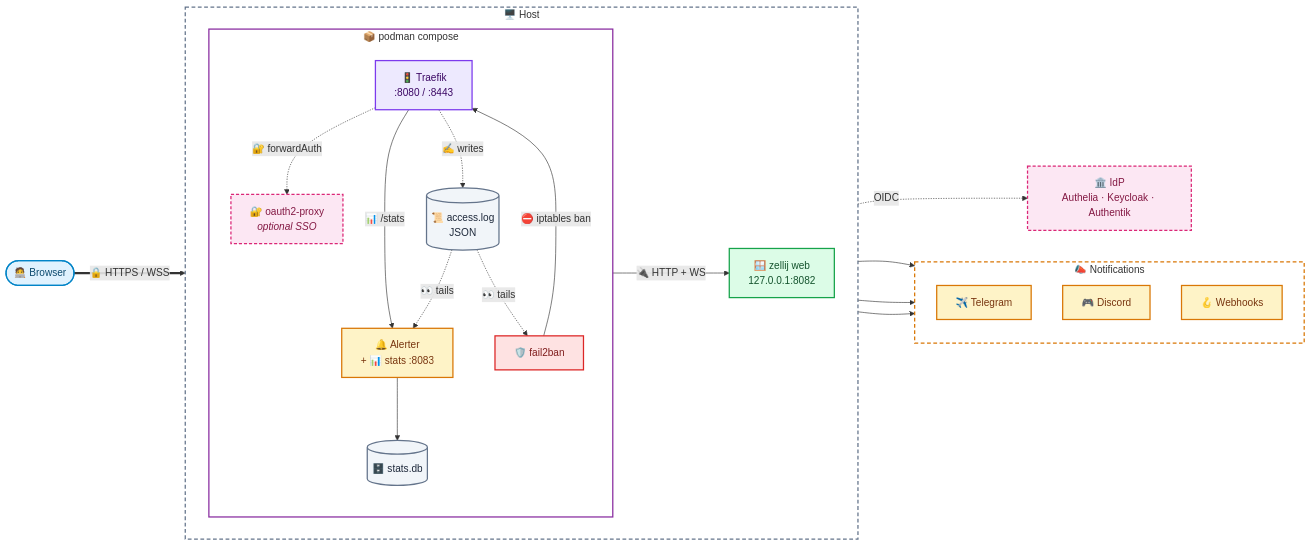
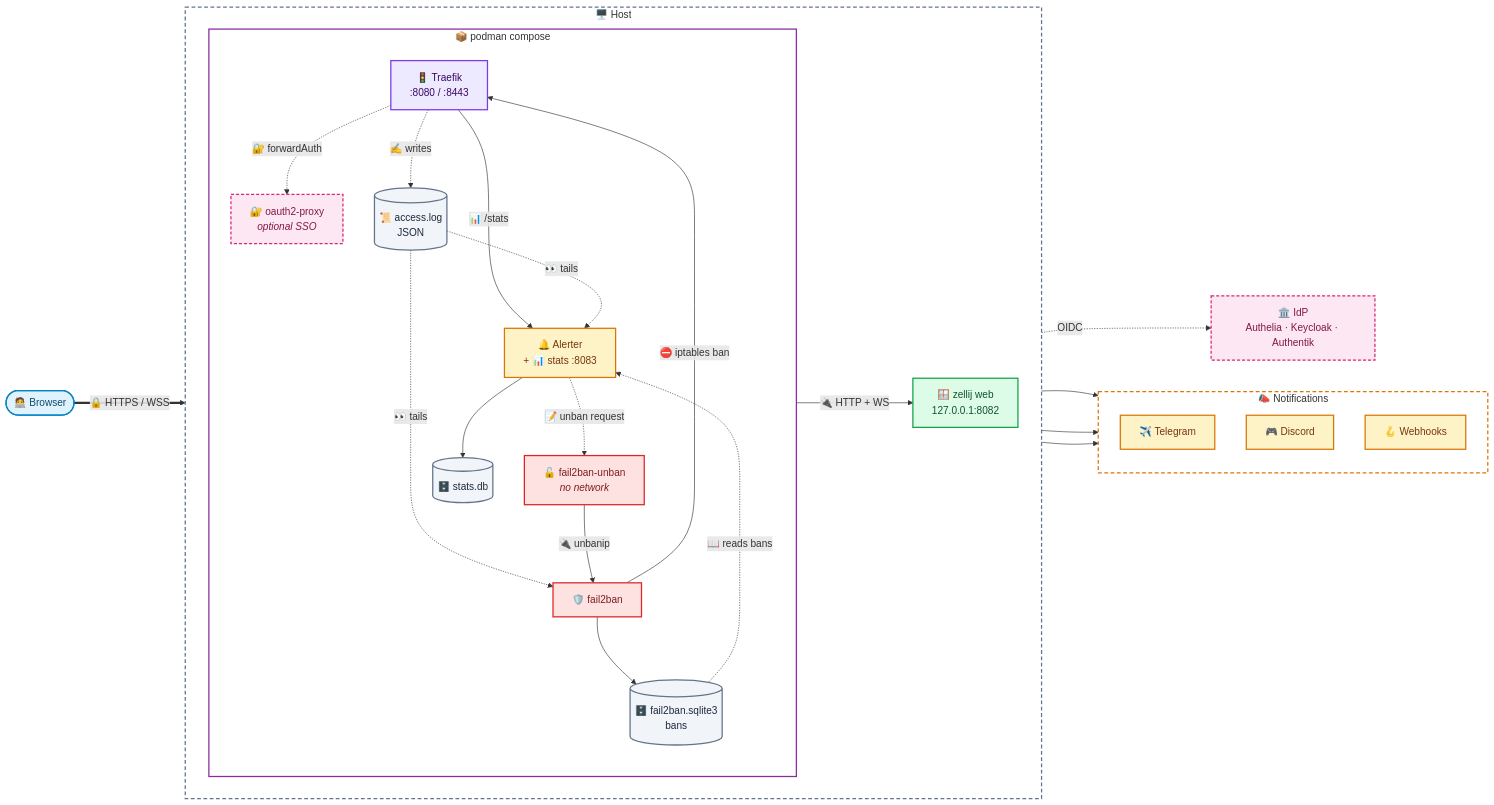
The first of 2 diagrams in README.md (thereisnotime/secure-zellij), drawn with Mermaid before and after one commit.

Commit message:
docs: show the unban helper and fail2ban's ban DB in the architecture diagram

````diff
--- a/README.md
+++ b/README.md
@@ -34,60 +34,66 @@
 ```mermaid
 flowchart LR
     user(["🧑‍💻 Browser"])
 
     subgraph host["🖥️ Host"]
         direction LR
         zellij["🪟 zellij web<br/>127.0.0.1:8082"]
 
         subgraph stack["📦 podman compose"]
             direction TB
             traefik["🚦 Traefik<br/>:8080 / :8443"]
             o2p["🔐 oauth2-proxy<br/><i>optional SSO</i>"]
             logs[("📜 access.log<br/>JSON")]
             f2b["🛡️ fail2ban"]
+            f2bdb[("🗄️ fail2ban.sqlite3<br/>bans")]
+            unban["🔓 fail2ban-unban<br/><i>no network</i>"]
             alerter["🔔 Alerter<br/>+ 📊 stats :8083"]
             db[("🗄️ stats.db")]
         end
     end
 
     idp["🏛️ IdP<br/>Authelia · Keycloak · Authentik"]
 
     subgraph notify["📣 Notifications"]
         direction TB
         tg["✈️ Telegram"]
         dc["🎮 Discord"]
         wh["🪝 Webhooks"]
     end
 
     user == "🔒 HTTPS / WSS" ==> traefik
     traefik -- "🔌 HTTP + WS" --> zellij
     traefik -. "🔐 forwardAuth" .-> o2p
     o2p -. "OIDC" .-> idp
     traefik -- "📊 /stats" --> alerter
     traefik -. "✍️ writes" .-> logs
     logs -. "👀 tails" .-> f2b
     logs -. "👀 tails" .-> alerter
     f2b -- "⛔ iptables ban" --> traefik
+    f2b --> f2bdb
+    f2bdb -. "📖 reads bans" .-> alerter
+    alerter -. "📝 unban request" .-> unban
+    unban -- "🔌 unbanip" --> f2b
     alerter --> db
     alerter --> tg & dc & wh
 
     classDef client fill:#e0f2fe,stroke:#0284c7,stroke-width:2px,color:#0c4a6e
     classDef proxy fill:#ede9fe,stroke:#7c3aed,stroke-width:2px,color:#3b0764
     classDef app fill:#dcfce7,stroke:#16a34a,stroke-width:2px,color:#14532d
     classDef guard fill:#fee2e2,stroke:#dc2626,stroke-width:2px,color:#7f1d1d
     classDef alert fill:#fef3c7,stroke:#d97706,stroke-width:2px,color:#78350f
     classDef sso fill:#fce7f3,stroke:#db2777,stroke-width:2px,stroke-dasharray:5 3,color:#831843
     classDef store fill:#f1f5f9,stroke:#64748b,stroke-width:2px,color:#1e293b
 
     class user client
     class traefik proxy
     class zellij app
-    class f2b guard
+    class f2b,unban guard
     class alerter,tg,dc,wh alert
     class o2p,idp sso
-    class logs,db store
+    class logs,db,f2bdb store
 
     style host fill:transparent,stroke:#64748b,stroke-width:2px,stroke-dasharray:6 4
     style stack fill:transparent,stroke:#892ca0,stroke-width:2px
     style notify fill:transparent,stroke:#d97706,stroke-width:2px,stroke-dasharray:6 4
 ```
````
